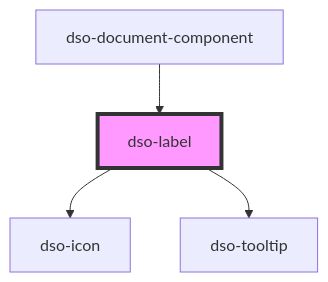
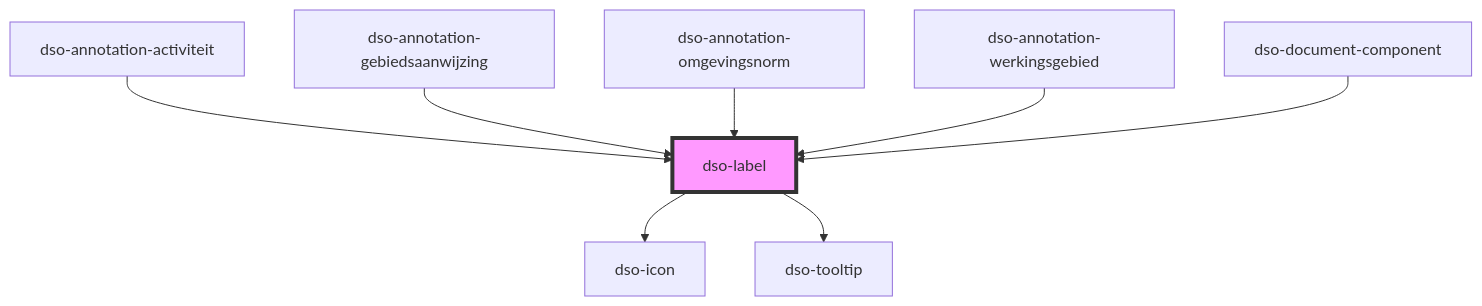
The diagram in packages/core/src/components/label/readme.md (dso-toolkit/dso-toolkit), drawn with Mermaid before and after one commit. The commit also changed other lines of this file and 39 other files, not shown here.

````diff
--- a/packages/core/src/components/label/readme.md
+++ b/packages/core/src/components/label/readme.md
@@ -41,7 +45,11 @@
 ```mermaid
 graph TD;
   dso-label --> dso-icon
   dso-label --> dso-tooltip
+  dso-annotation-activiteit --> dso-label
+  dso-annotation-gebiedsaanwijzing --> dso-label
+  dso-annotation-omgevingsnorm --> dso-label
+  dso-annotation-werkingsgebied --> dso-label
   dso-document-component --> dso-label
   style dso-label fill:#f9f,stroke:#333,stroke-width:4px
 ```
````
